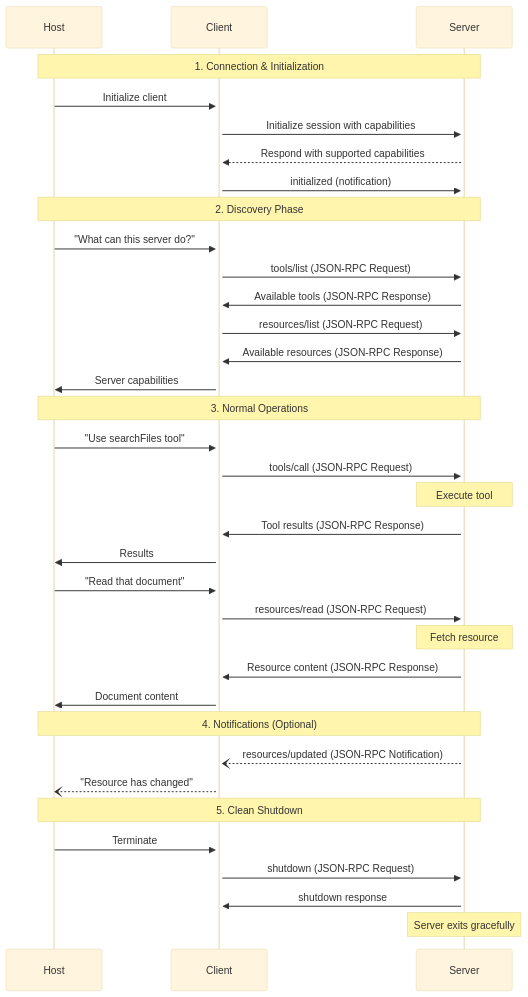
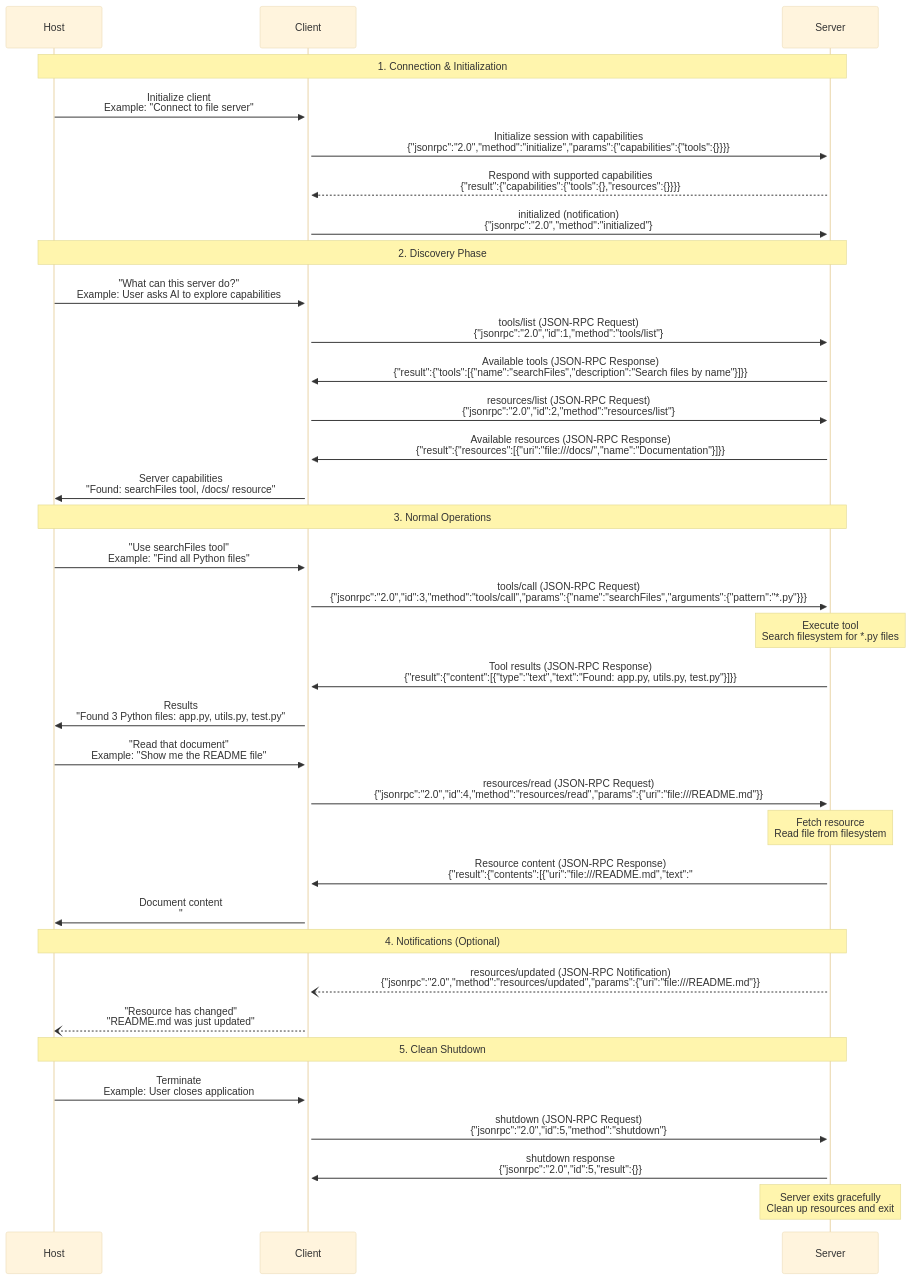
Before and after one commit to balupeddireddy08/Model_Context_Protocol_for_AI: the eighth of 9 diagrams in concept-deep-dive/README.md, drawn with Mermaid (base theme). The commit also changed other lines of this file, not shown here.

Commit message:
Update the MCP Concept Deep Dive content

````diff
--- a/concept-deep-dive/README.md
+++ b/concept-deep-dive/README.md
@@ -353,43 +304,43 @@
 ```mermaid
 sequenceDiagram
     participant H as Host
     participant C as Client
     participant S as Server
 
     Note over H,S: 1. Connection & Initialization
-    H->>+C: Initialize client
-    C->>+S: Initialize session with capabilities
-    S-->>C: Respond with supported capabilities
-    C->>S: initialized (notification)
+    H->>+C: Initialize client<br/>Example: "Connect to file server"
+    C->>+S: Initialize session with capabilities<br/>{"jsonrpc":"2.0","method":"initialize","params":{"capabilities":{"tools":{}}}}
+    S-->>C: Respond with supported capabilities<br/>{"result":{"capabilities":{"tools":{},"resources":{}}}}
+    C->>S: initialized (notification)<br/>{"jsonrpc":"2.0","method":"initialized"}
     
     Note over H,S: 2. Discovery Phase
-    H->>C: "What can this server do?"
-    C->>S: tools/list (JSON-RPC Request)
-    S->>C: Available tools (JSON-RPC Response)
-    C->>S: resources/list (JSON-RPC Request)
-    S->>C: Available resources (JSON-RPC Response)
-    C->>H: Server capabilities
+    H->>C: "What can this server do?"<br/>Example: User asks AI to explore capabilities
+    C->>S: tools/list (JSON-RPC Request)<br/>{"jsonrpc":"2.0","id":1,"method":"tools/list"}
+    S->>C: Available tools (JSON-RPC Response)<br/>{"result":{"tools":[{"name":"searchFiles","description":"Search files by name"}]}}
+    C->>S: resources/list (JSON-RPC Request)<br/>{"jsonrpc":"2.0","id":2,"method":"resources/list"}
+    S->>C: Available resources (JSON-RPC Response)<br/>{"result":{"resources":[{"uri":"file:///docs/","name":"Documentation"}]}}
+    C->>H: Server capabilities<br/>"Found: searchFiles tool, /docs/ resource"
     
     Note over H,S: 3. Normal Operations
-    H->>C: "Use searchFiles tool"
-    C->>S: tools/call (JSON-RPC Request)
-    Note over S: Execute tool
-    S->>C: Tool results (JSON-RPC Response)
-    C->>H: Results
+    H->>C: "Use searchFiles tool"<br/>Example: "Find all Python files"
+    C->>S: tools/call (JSON-RPC Request)<br/>{"jsonrpc":"2.0","id":3,"method":"tools/call","params":{"name":"searchFiles","arguments":{"pattern":"*.py"}}}
+    Note over S: Execute tool<br/>Search filesystem for *.py files
+    S->>C: Tool results (JSON-RPC Response)<br/>{"result":{"content":[{"type":"text","text":"Found: app.py, utils.py, test.py"}]}}
+    C->>H: Results<br/>"Found 3 Python files: app.py, utils.py, test.py"
     
-    H->>C: "Read that document"
-    C->>S: resources/read (JSON-RPC Request)
-    Note over S: Fetch resource
-    S->>C: Resource content (JSON-RPC Response)
-    C->>H: Document content
+    H->>C: "Read that document"<br/>Example: "Show me the README file"
+    C->>S: resources/read (JSON-RPC Request)<br/>{"jsonrpc":"2.0","id":4,"method":"resources/read","params":{"uri":"file:///README.md"}}
+    Note over S: Fetch resource<br/>Read file from filesystem
+    S->>C: Resource content (JSON-RPC Response)<br/>{"result":{"contents":[{"uri":"file:///README.md","text":"# My Project\nThis is a sample project..."}]}}
+    C->>H: Document content<br/>"# My Project\nThis is a sample project..."
     
     Note over H,S: 4. Notifications (Optional)
-    S--)C: resources/updated (JSON-RPC Notification)
-    C--)H: "Resource has changed"
+    S--)C: resources/updated (JSON-RPC Notification)<br/>{"jsonrpc":"2.0","method":"resources/updated","params":{"uri":"file:///README.md"}}
+    C--)H: "Resource has changed"<br/>"README.md was just updated"
     
     Note over H,S: 5. Clean Shutdown
-    H->>C: Terminate
-    C->>S: shutdown (JSON-RPC Request)
-    S->>C: shutdown response
-    Note over S: Server exits gracefully
+    H->>C: Terminate<br/>Example: User closes application
+    C->>S: shutdown (JSON-RPC Request)<br/>{"jsonrpc":"2.0","id":5,"method":"shutdown"}
+    S->>C: shutdown response<br/>{"jsonrpc":"2.0","id":5,"result":{}}
+    Note over S: Server exits gracefully<br/>Clean up resources and exit
 ```
````
